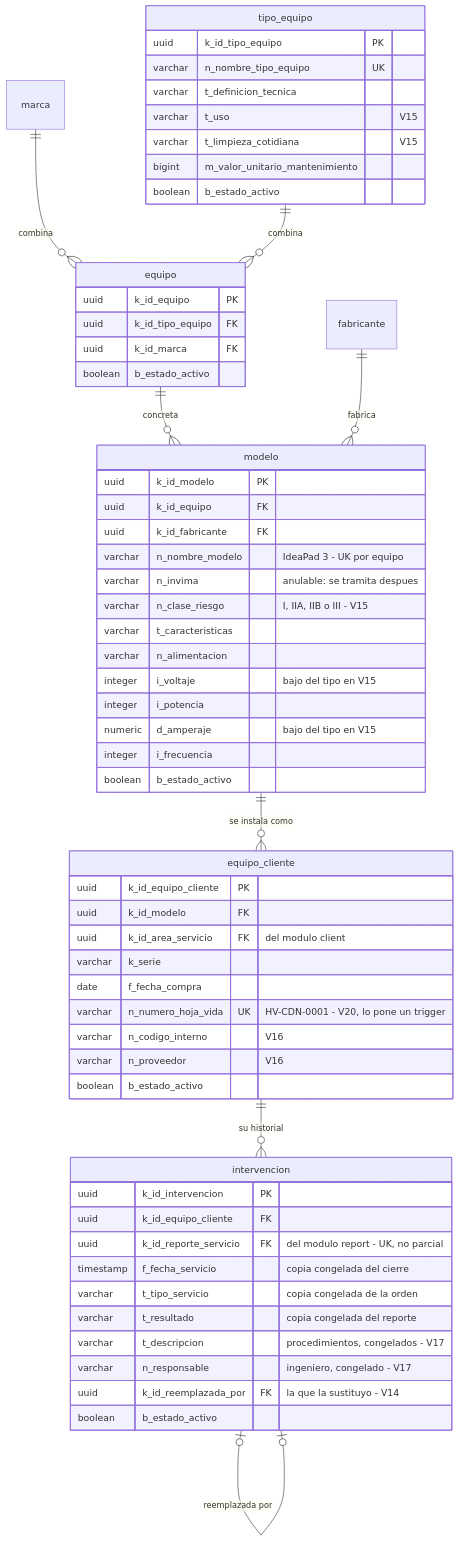
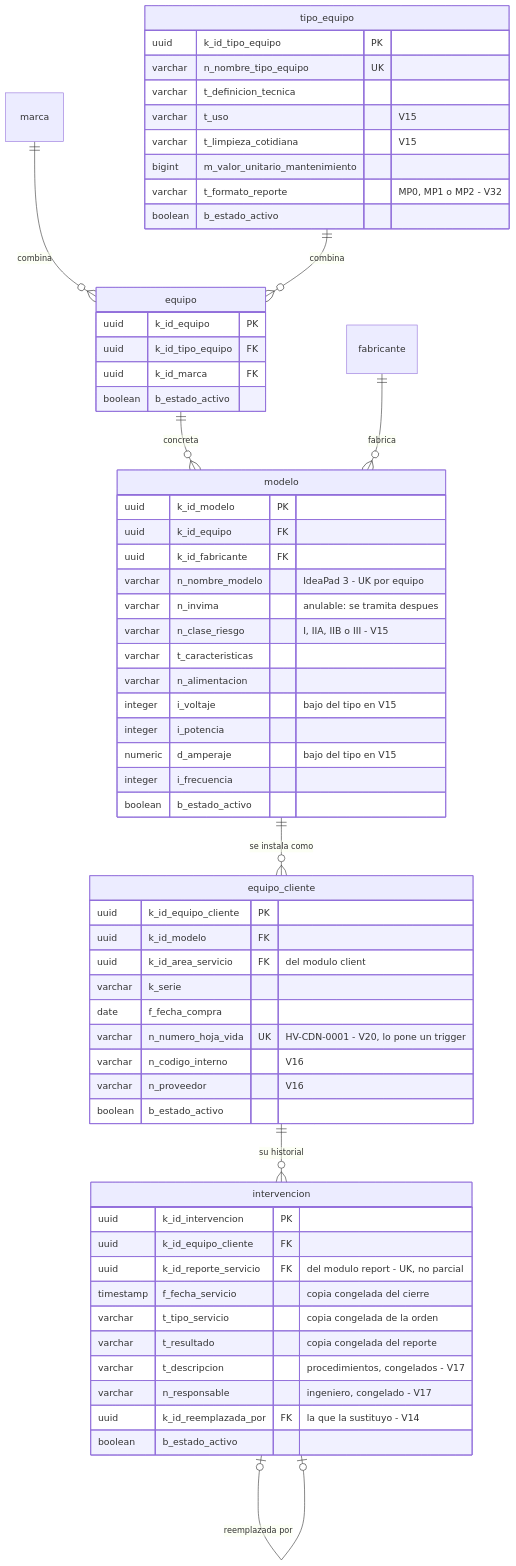
One commit to SeanBol222/MalphasOs changed the fifth of 10 diagrams in SecondBrain/wiki/base-de-datos/esquema-bd-malphasos.md. Above: the diagram before and after it, drawn with Mermaid. The commit also changed other lines of this file and 12 other files, not shown here.

````diff
--- a/SecondBrain/wiki/base-de-datos/esquema-bd-malphasos.md
+++ b/SecondBrain/wiki/base-de-datos/esquema-bd-malphasos.md
@@ -343,63 +369,64 @@
 ```mermaid
 erDiagram
     marca ||--o{ equipo : "combina"
     tipo_equipo ||--o{ equipo : "combina"
     equipo ||--o{ modelo : "concreta"
     fabricante ||--o{ modelo : "fabrica"
     modelo ||--o{ equipo_cliente : "se instala como"
     equipo_cliente ||--o{ intervencion : "su historial"
     intervencion |o--o| intervencion : "reemplazada por"
     tipo_equipo {
         uuid k_id_tipo_equipo PK
         varchar n_nombre_tipo_equipo UK
         varchar t_definicion_tecnica
         varchar t_uso "V15"
         varchar t_limpieza_cotidiana "V15"
         bigint m_valor_unitario_mantenimiento
+        varchar t_formato_reporte "MP0, MP1 o MP2 - V32"
         boolean b_estado_activo
     }
     equipo {
         uuid k_id_equipo PK
         uuid k_id_tipo_equipo FK
         uuid k_id_marca FK
         boolean b_estado_activo
     }
     modelo {
         uuid k_id_modelo PK
         uuid k_id_equipo FK
         uuid k_id_fabricante FK
         varchar n_nombre_modelo "IdeaPad 3 - UK por equipo"
         varchar n_invima "anulable: se tramita despues"
         varchar n_clase_riesgo "I, IIA, IIB o III - V15"
         varchar t_caracteristicas
         varchar n_alimentacion
         integer i_voltaje "bajo del tipo en V15"
         integer i_potencia
         numeric d_amperaje "bajo del tipo en V15"
         integer i_frecuencia
         boolean b_estado_activo
     }
     equipo_cliente {
         uuid k_id_equipo_cliente PK
         uuid k_id_modelo FK
         uuid k_id_area_servicio FK "del modulo client"
         varchar k_serie
         date f_fecha_compra
         varchar n_numero_hoja_vida UK "HV-CDN-0001 - V20, lo pone un trigger"
         varchar n_codigo_interno "V16"
         varchar n_proveedor "V16"
         boolean b_estado_activo
     }
     intervencion {
         uuid k_id_intervencion PK
         uuid k_id_equipo_cliente FK
         uuid k_id_reporte_servicio FK "del modulo report - UK, no parcial"
         timestamp f_fecha_servicio "copia congelada del cierre"
         varchar t_tipo_servicio "copia congelada de la orden"
         varchar t_resultado "copia congelada del reporte"
         varchar t_descripcion "procedimientos, congelados - V17"
         varchar n_responsable "ingeniero, congelado - V17"
         uuid k_id_reemplazada_por FK "la que la sustituyo - V14"
         boolean b_estado_activo
     }
 ```
````
